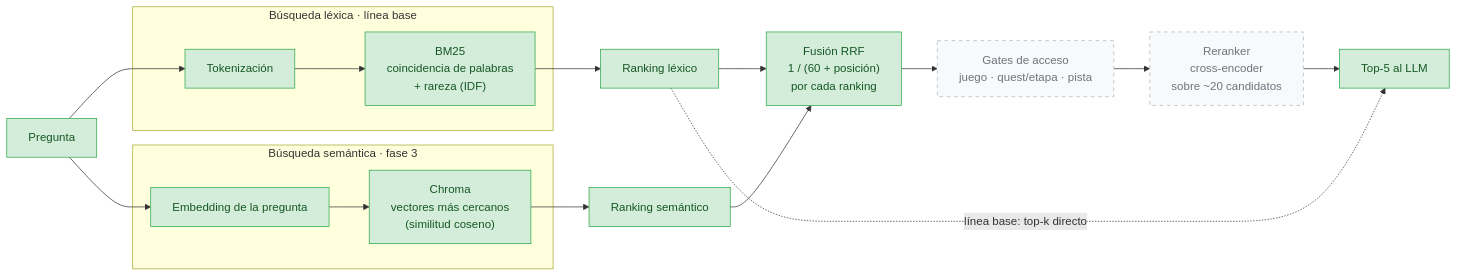
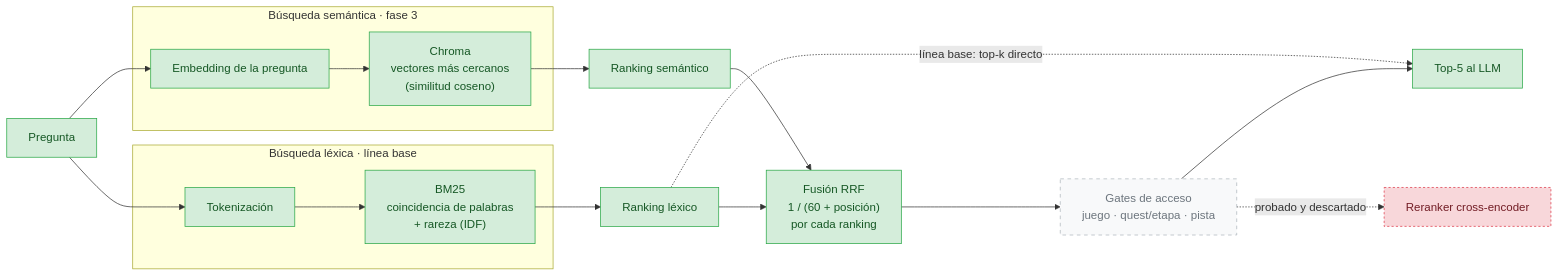
The diagram in docs/retrieval/README.md (SergioAle210/NLP-SemanticLit), drawn with Mermaid before and after one commit. The commit also changed 8 other files, not shown here.

````diff
--- a/docs/retrieval/README.md
+++ b/docs/retrieval/README.md
@@ -14,29 +14,31 @@
 ```mermaid
 flowchart LR
     Q["Pregunta"] --> T["Tokenización"]
     Q --> E["Embedding de la pregunta"]
 
     subgraph LEX["Búsqueda léxica · línea base"]
         T --> B["BM25<br/>coincidencia de palabras<br/>+ rareza (IDF)"]
     end
 
     subgraph SEM["Búsqueda semántica · fase 3"]
         E --> V["Chroma<br/>vectores más cercanos<br/>(similitud coseno)"]
     end
 
     B --> RA["Ranking léxico"]
     V --> RB["Ranking semántico"]
 
     RA --> F["Fusión RRF<br/>1 / (60 + posición)<br/>por cada ranking"]
     RB --> F
     F --> GT["Gates de acceso<br/>juego · quest/etapa · pista"]
-    GT --> RR["Reranker<br/>cross-encoder<br/>sobre ~20 candidatos"]
-    RR --> K["Top-5 al LLM"]
+    GT --> K["Top-5 al LLM"]
+    GT -.->|probado y descartado| RR["Reranker cross-encoder"]
 
     RA -.->|línea base: top-k directo| K
 
     classDef done fill:#d4edda,stroke:#28a745,color:#155724
     classDef pending fill:#f8f9fa,stroke:#adb5bd,color:#6c757d,stroke-dasharray: 5 5
+    classDef discarded fill:#f8d7da,stroke:#dc3545,color:#721c24,stroke-dasharray: 3 3
     class Q,T,B,RA,K,E,V,RB,F done
-    class GT,RR pending
+    class GT pending
+    class RR discarded
 ```
````
